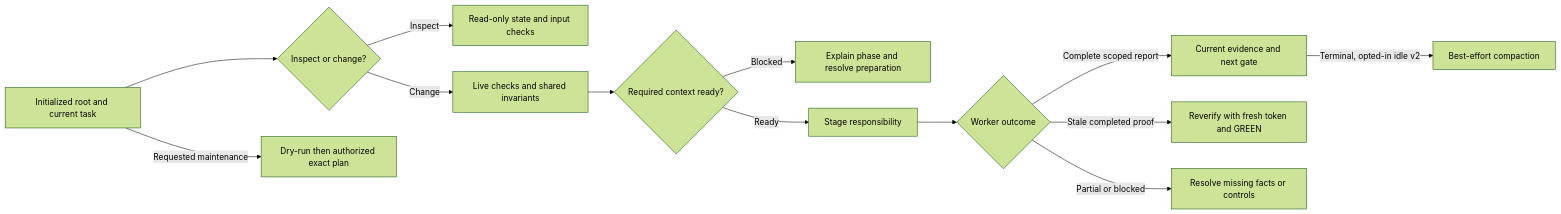
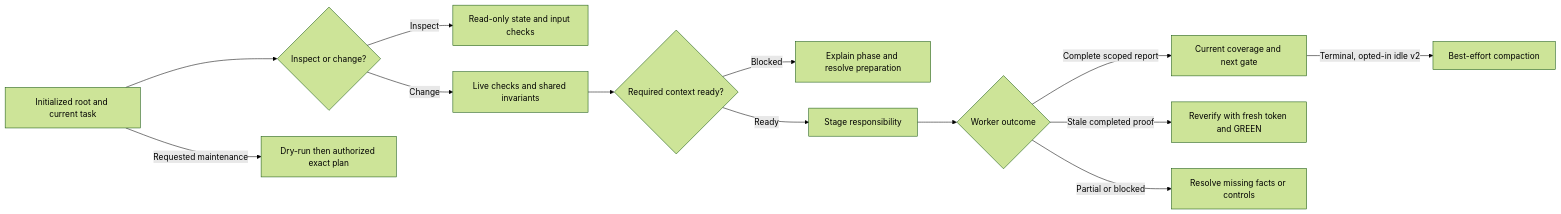
One commit to wgentil/devflow changed the diagram in skills/workflow/SKILL.md. Above: the diagram before and after it, drawn with Mermaid (forest theme). The commit also changed other lines of this file and 42 other files, not shown here.

Commit message:
feat: enforce content-bound independent review coverage at every gate

````diff
--- a/skills/workflow/SKILL.md
+++ b/skills/workflow/SKILL.md
@@ -16,15 +16,15 @@
 ```mermaid
 flowchart LR
     Scope[Initialized root and current task] --> Mode{Inspect or change?}
     Mode -->|Inspect| Inspect[Read-only state and input checks]
     Mode -->|Change| Checks[Live checks and shared invariants]
     Checks --> Prep{Required context ready?}
     Prep -->|Blocked| Context[Explain phase and resolve preparation]
     Prep -->|Ready| Work[Stage responsibility]
     Work --> Result{Worker outcome}
-    Result -->|Complete scoped report| Evidence[Current evidence and next gate]
+    Result -->|Complete scoped report| Evidence[Current coverage and next gate]
     Result -->|Stale completed proof| Reverify[Reverify with fresh token and GREEN]
     Result -->|Partial or blocked| Recover[Resolve missing facts or controls]
     Evidence -->|Terminal, opted-in idle v2| Compact[Best-effort compaction]
     Scope -->|Requested maintenance| Plan[Dry-run then authorized exact plan]
 ```
````
